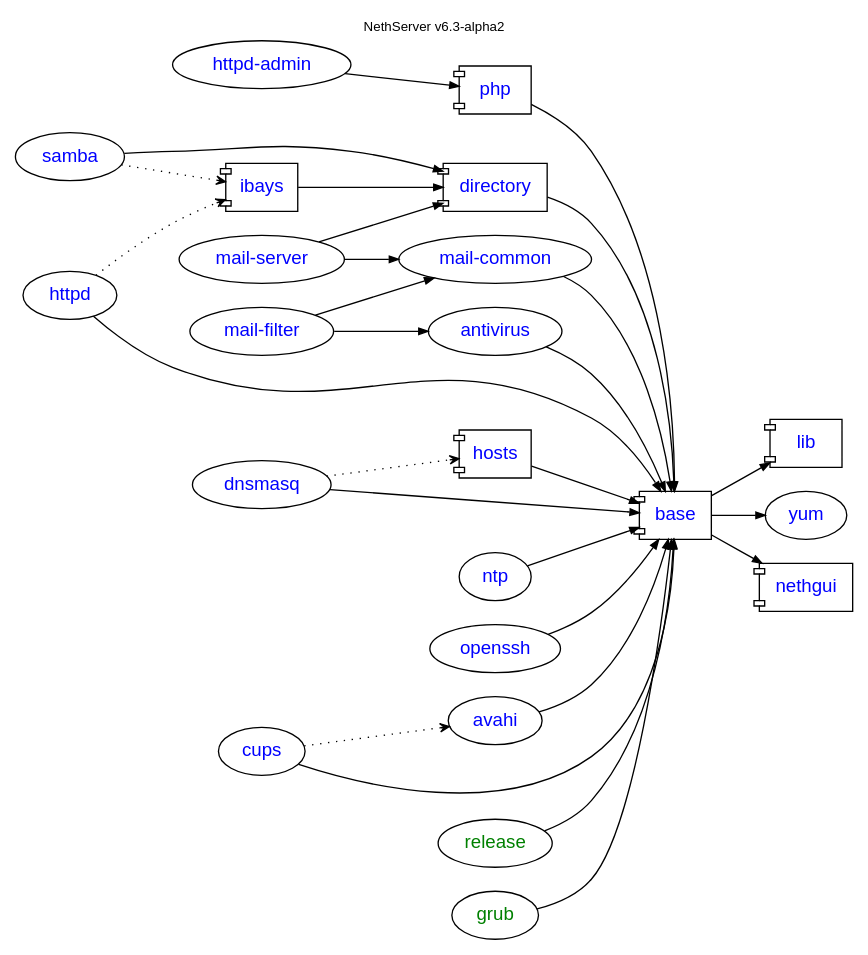
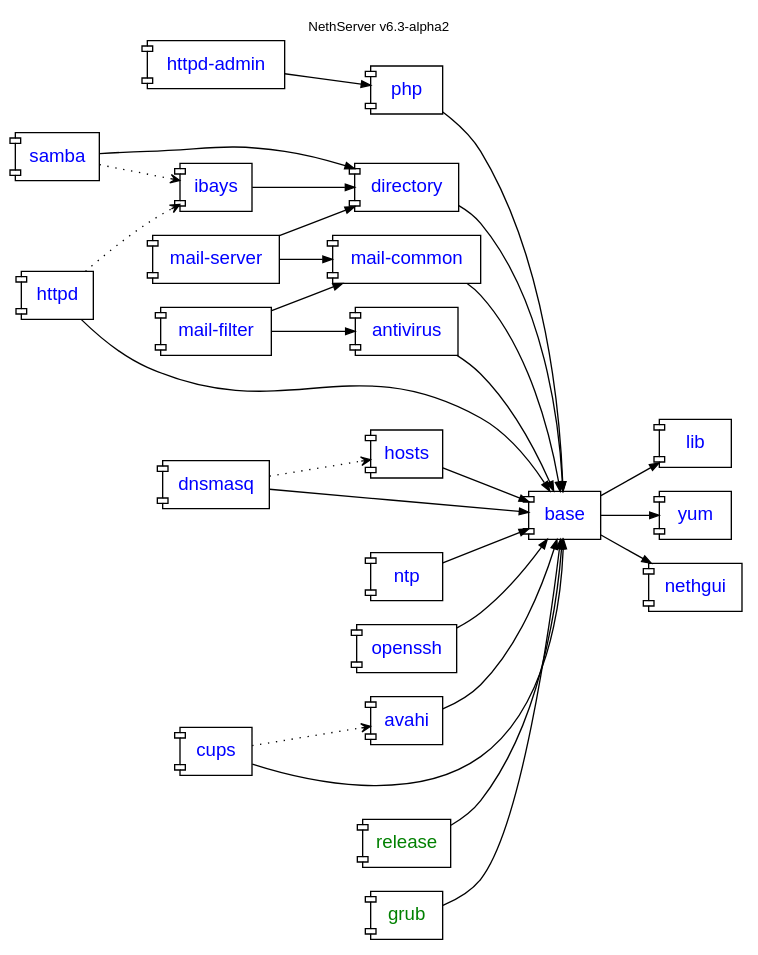
The diagram in nethserver/package-dependencies.dot (nethesis/dev-nethesis-it), drawn with Graphviz before and after one commit.

Commit message:
package-dependencies.dot: use default shape 'component'

```diff
--- a/nethserver/package-dependencies.dot
+++ b/nethserver/package-dependencies.dot
@@ -1,59 +1,59 @@
 digraph "v6.3-alpha2" {
     rankdir = "LR"; compound = true; concentrate = true; fontname = "Helvetica"; fontnames="svg"; fontsize=10.0; label="NethServer v6.3-alpha2"; labelloc = "t"
 
-    node [shape="oval",fontname="Helvetica"];
+    node [shape="component",fontname="Helvetica"];
     edge [arrowsize=0.7];
 
     httpd_admin [fontcolor=blue,label="httpd-admin",URL="http://dev.nethesis.it/projects/nethserver-httpd-admin"];
-    base [fontcolor=blue,URL="http://dev.nethesis.it/projects/nethserver-base",shape="component"];
-    directory [fontcolor=blue,URL="http://dev.nethesis.it/projects/nethserver-directory",shape="component"];    
+    base [fontcolor=blue,URL="http://dev.nethesis.it/projects/nethserver-base"];
+    directory [fontcolor=blue,URL="http://dev.nethesis.it/projects/nethserver-directory"];    
     samba [fontcolor=blue,URL="http://dev.nethesis.it/projects/nethserver-samba"];    
-    ibays [fontcolor=blue,URL="http://dev.nethesis.it/projects/nethserver-ibays",shape="component"];    
-    lib [fontcolor=blue,URL="http://dev.nethesis.it/projects/nethserver-lib",shape="component"];    
+    ibays [fontcolor=blue,URL="http://dev.nethesis.it/projects/nethserver-ibays"];    
+    lib [fontcolor=blue,URL="http://dev.nethesis.it/projects/nethserver-lib"];    
     httpd [fontcolor=blue,URL="http://dev.nethesis.it/projects/nethserver-httpd"];    
-    hosts [fontcolor=blue,URL="http://dev.nethesis.it/projects/nethserver-hosts",shape="component"];
-    php [fontcolor=blue,URL="http://dev.nethesis.it/projects/nethserver-php",shape="component"];
+    hosts [fontcolor=blue,URL="http://dev.nethesis.it/projects/nethserver-hosts"];
+    php [fontcolor=blue,URL="http://dev.nethesis.it/projects/nethserver-php"];
     yum [fontcolor=blue,URL="http://dev.nethesis.it/projects/nethserver-yum"];
     ntp [fontcolor=blue,URL="http://dev.nethesis.it/projects/nethserver-ntp"];
     dnsmasq [fontcolor=blue,URL="http://dev.nethesis.it/projects/nethserver-dnsmasq"];
     mails [label="mail-server",fontcolor=blue,URL="http://dev.nethesis.it/projects/nethserver-mail-server"];
     mailf [label="mail-filter",fontcolor=blue,URL="http://dev.nethesis.it/projects/nethserver-mail-filter"];
     mailc [label="mail-common",fontcolor=blue,URL="http://dev.nethesis.it/projects/nethserver-mail-common"];
-    nethgui [fontcolor=blue,URL="http://dev.nethesis.it/projects/nethgui",shape="component"];    
+    nethgui [fontcolor=blue,URL="http://dev.nethesis.it/projects/nethgui"];    
     openssh [fontcolor=blue,URL="http://dev.nethesis.it/projects/nethserver-openssh"];
     antivirus [fontcolor=blue,URL="http://dev.nethesis.it/projects/nethserver-antivirus"];
     cups [fontcolor=blue,URL="http://dev.nethesis.it/projects/nethserver-cups"];
     avahi [fontcolor=blue,URL="http://dev.nethesis.it/projects/nethserver-avahi"];
 
     release [fontcolor=green,URL="https://dev.nethesis.it/projects/nethserver-base/repository/nethserver-release"];
     grub [fontcolor=green,URL="https://dev.nethesis.it/projects/nethserver-base/repository/nethserver-grub"];
                    
     base -> lib
     base -> nethgui
     openssh -> base
     directory -> base
     samba -> directory
     ibays -> directory
     httpd -> base
     httpd -> ibays [style=dotted,arrowhead=vee];
     dnsmasq -> hosts [style=dotted,arrowhead=vee];
     dnsmasq -> base
     hosts -> base
     httpd_admin -> php
     samba -> ibays [style=dotted,arrowhead=vee];
     base -> yum
     ntp -> base
     php -> base
     mails -> directory
     mails -> mailc
     mailf -> mailc
     mailf -> antivirus
     mailc -> base
     antivirus -> base
     release -> base
     grub -> base
     cups -> base
     avahi -> base
     cups -> avahi [style=dotted,arrowhead=vee];
 
 }
```
